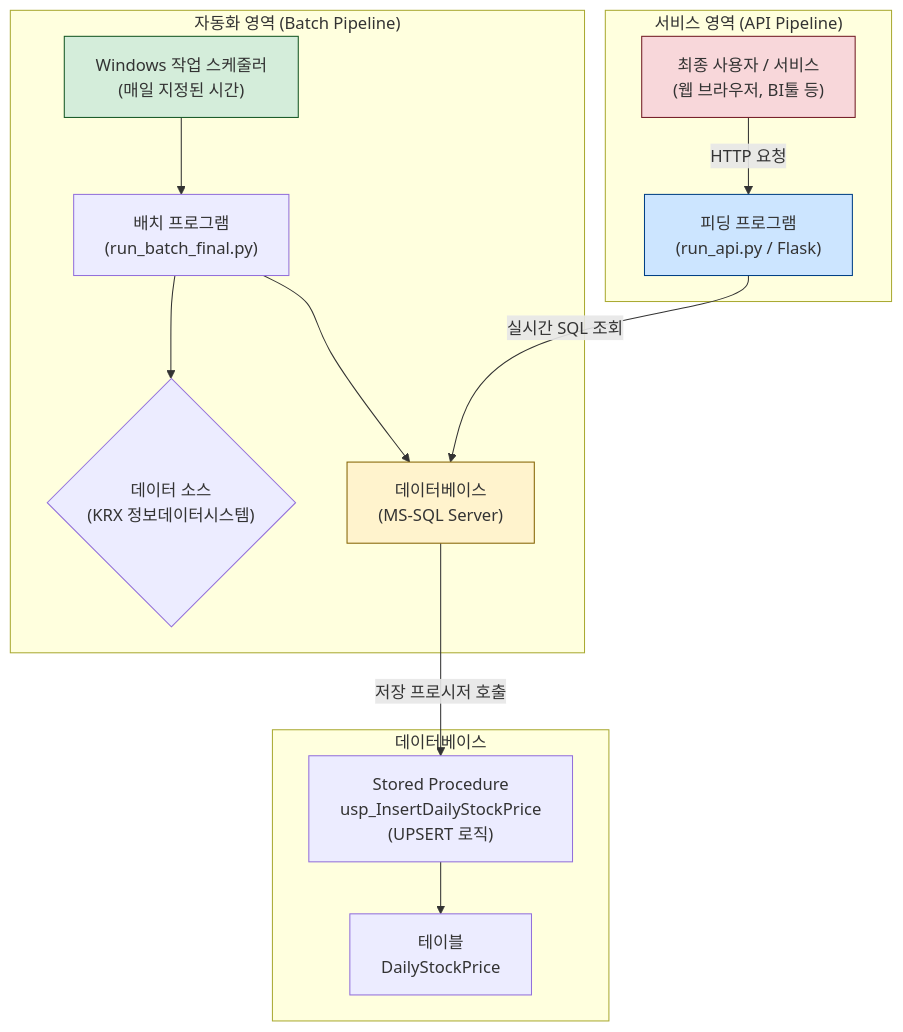
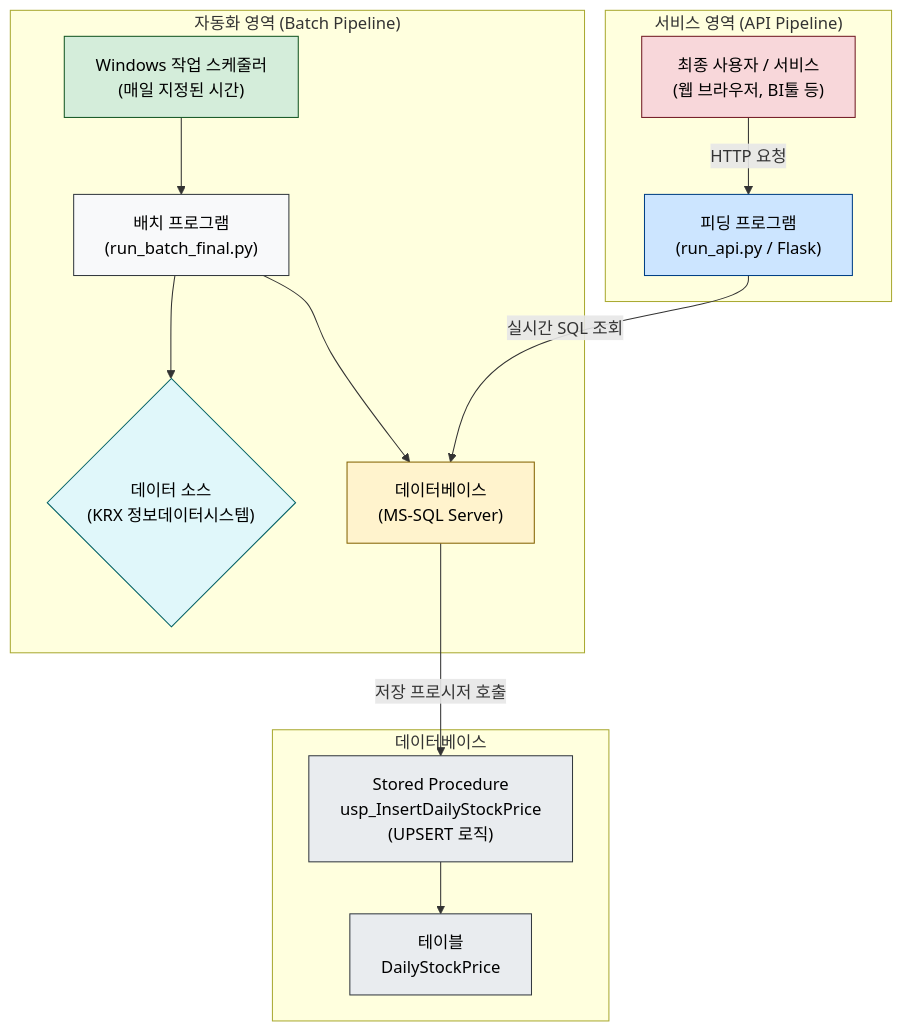
The diagram in diagram.md (minhyukroh2/temp-repo), drawn with Mermaid before and after one commit.

````diff
--- a/diagram.md
+++ b/diagram.md
@@ -1,23 +1,27 @@
 ```mermaid
 graph TD
     subgraph "자동화 영역 (Batch Pipeline)"
         A["Windows 작업 스케줄러 <br> (매일 지정된 시간)"] --> B["배치 프로그램 <br> (run_batch_final.py)"];
         B --> C{"데이터 소스 <br> (KRX 정보데이터시스템)"};
         B --> D["데이터베이스 <br> (MS-SQL Server)"];
     end
 
     subgraph "데이터베이스"
         D -- "저장 프로시저 호출" --> E["Stored Procedure <br> usp_InsertDailyStockPrice <br> (UPSERT 로직)"];
         E --> F["테이블 <br> DailyStockPrice"];
     end
 
     subgraph "서비스 영역 (API Pipeline)"
         G["최종 사용자 / 서비스 <br> (웹 브라우저, BI툴 등)"] -- "HTTP 요청" --> H["피딩 프로그램 <br> (run_api.py / Flask)"];
         H -- "실시간 SQL 조회" --> D;
     end
 
-    style A fill:#d4edda,stroke:#155724
-    style H fill:#cce5ff,stroke:#004085
-    style G fill:#f8d7da,stroke:#721c24
-    style D fill:#fff3cd,stroke:#856404
+    style A fill:#d4edda,stroke:#155724,color:#000
+    style B fill:#f8f9fa,stroke:#343a40,color:#000
+    style C fill:#e0f7fa,stroke:#006064,color:#000
+    style D fill:#fff3cd,stroke:#856404,color:#000
+    style E fill:#e9ecef,stroke:#343a40,color:#000
+    style F fill:#e9ecef,stroke:#343a40,color:#000
+    style G fill:#f8d7da,stroke:#721c24,color:#000
+    style H fill:#cce5ff,stroke:#004085,color:#000
 ```
````
